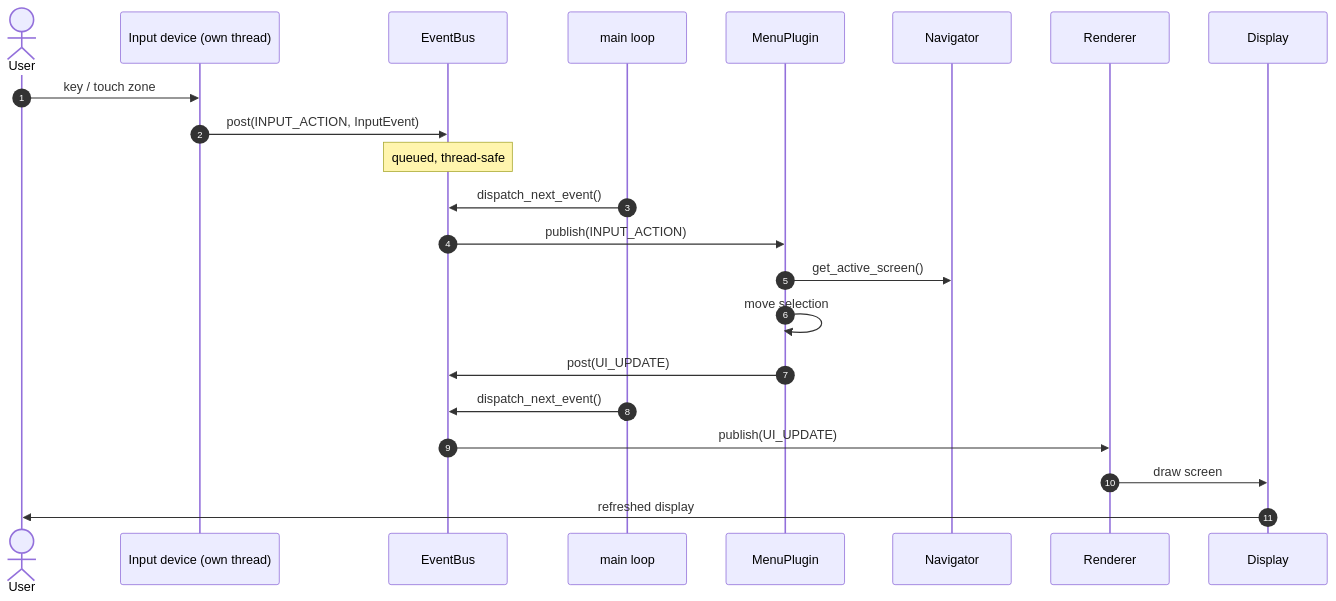
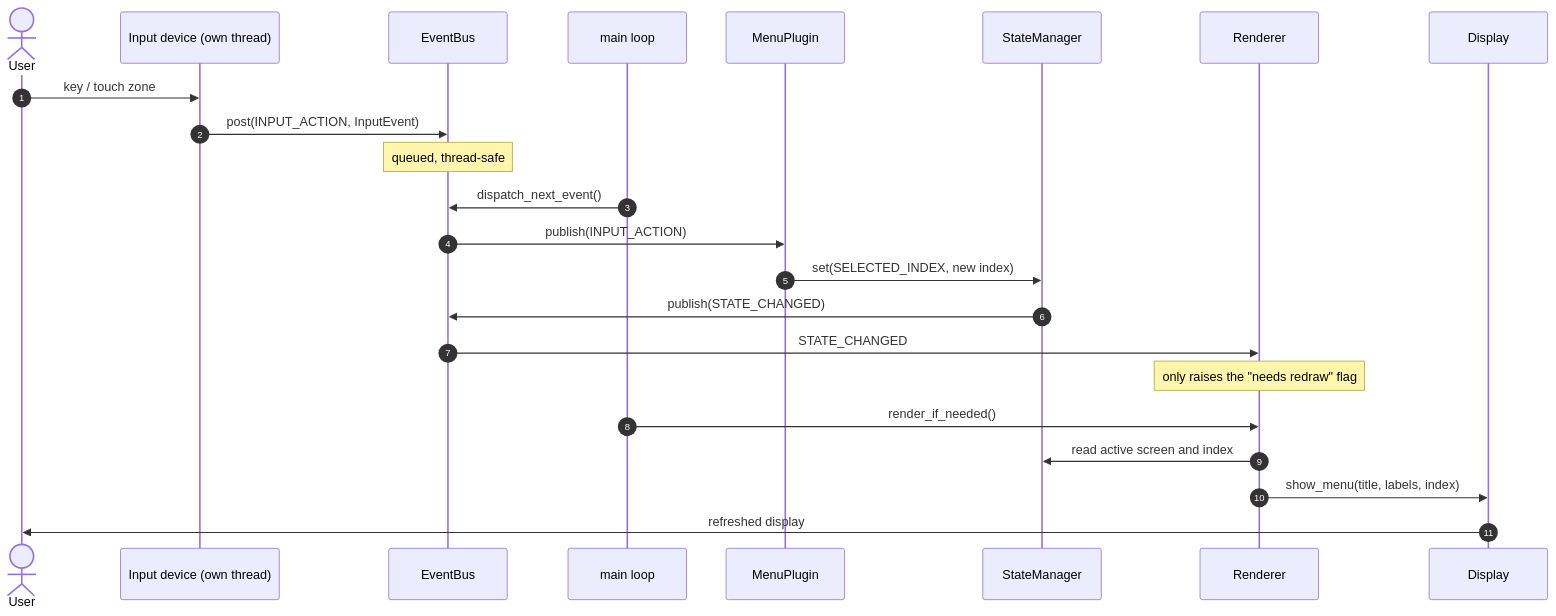
One commit to A-Dann/Antonino-TuttoFare_PI3bplus changed the second of 2 diagrams in docs/architecture.md. Above: the diagram before and after it, drawn with Mermaid. The commit also changed other lines of this file, not shown here.

First line of the commit message:
Update architecture docs for state-driven rendering

````diff
--- a/docs/architecture.md
+++ b/docs/architecture.md
@@ -59,25 +68,26 @@
 ```mermaid
 sequenceDiagram
     autonumber
     actor User
     participant Device as Input device (own thread)
     participant Bus as EventBus
     participant Main as main loop
     participant Menu as MenuPlugin
-    participant Nav as Navigator
+    participant State as StateManager
     participant Render as Renderer
     participant Disp as Display
 
     User->>Device: key / touch zone
     Device->>Bus: post(INPUT_ACTION, InputEvent)
     Note over Bus: queued, thread-safe
     Main->>Bus: dispatch_next_event()
     Bus->>Menu: publish(INPUT_ACTION)
-    Menu->>Nav: get_active_screen()
-    Menu->>Menu: move selection
-    Menu->>Bus: post(UI_UPDATE)
-    Main->>Bus: dispatch_next_event()
-    Bus->>Render: publish(UI_UPDATE)
-    Render->>Disp: draw screen
+    Menu->>State: set(SELECTED_INDEX, new index)
+    State->>Bus: publish(STATE_CHANGED)
+    Bus->>Render: STATE_CHANGED
+    Note over Render: only raises the "needs redraw" flag
+    Main->>Render: render_if_needed()
+    Render->>State: read active screen and index
+    Render->>Disp: show_menu(title, labels, index)
     Disp->>User: refreshed display
 ```
````
